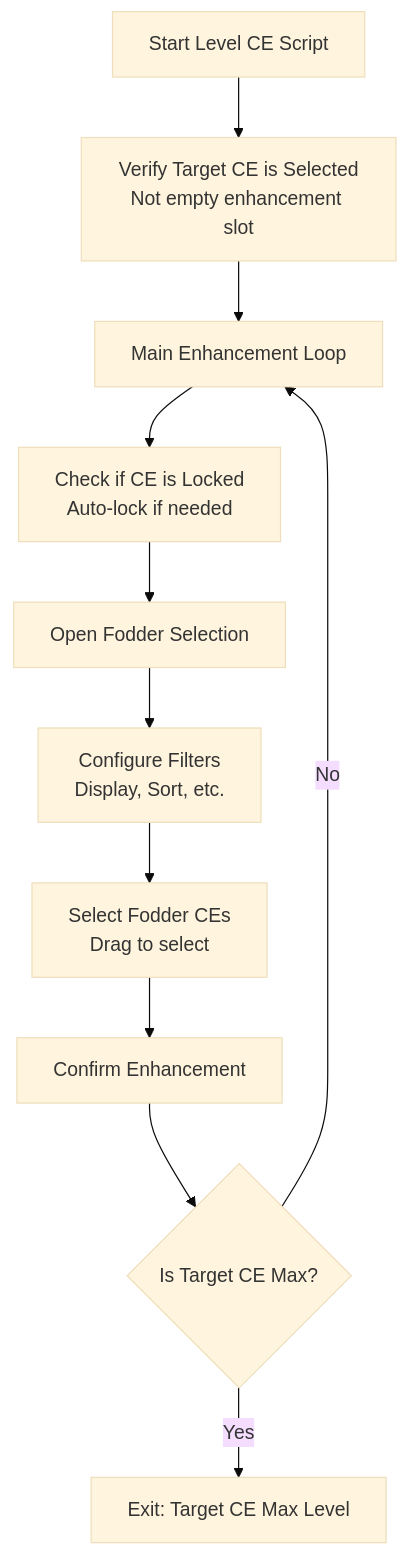
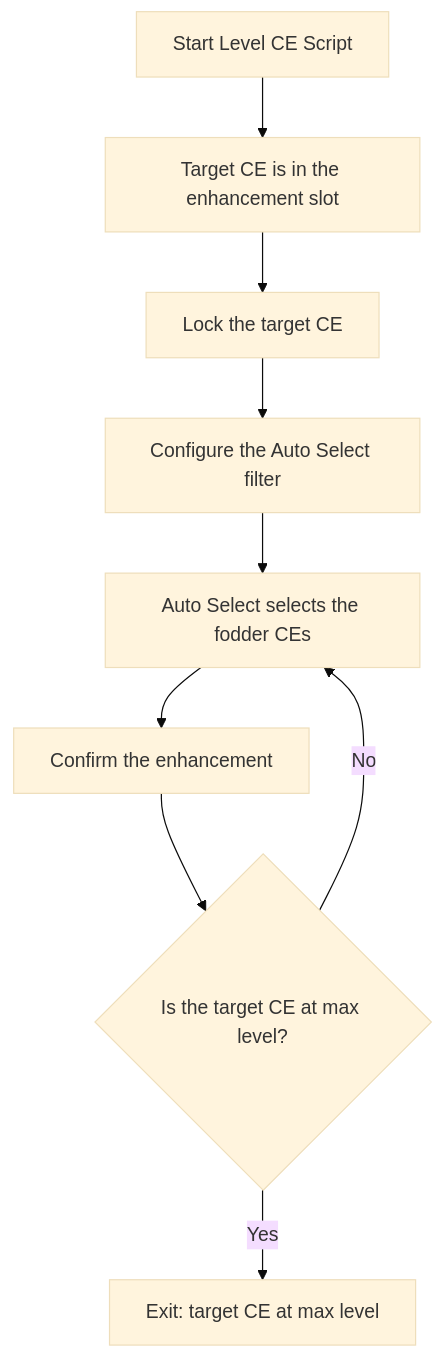
The diagram in docs/scripts/auto-level-ce.md (ArthurKun21/FGA-Preview-Build), drawn with Mermaid (base theme) before and after one commit. The commit also changed other lines of this file and 105 other files, not shown here.

````diff
--- a/docs/scripts/auto-level-ce.md
+++ b/docs/scripts/auto-level-ce.md
@@ -34,13 +38,11 @@
 ```mermaid
 flowchart TD
-    A[Start Level CE Script] --> B[Verify Target CE is Selected<br/>Not empty enhancement slot]
-    B --> C[Main Enhancement Loop]
-    C --> D[Check if CE is Locked<br/>Auto-lock if needed]
-    D --> E[Open Fodder Selection]
-    E --> F[Configure Filters<br/>Display, Sort, etc.]
-    F --> G[Select Fodder CEs<br/>Drag to select]
-    G --> H[Confirm Enhancement]
-    H --> I{Is Target CE Max?}
-    I -->|No| C
-    I -->|Yes| J[Exit: Target CE Max Level]
+    A[Start Level CE Script] --> B[Target CE is in the enhancement slot]
+    B --> C[Lock the target CE]
+    C --> D[Configure the Auto Select filter]
+    D --> E[Auto Select selects the fodder CEs]
+    E --> F[Confirm the enhancement]
+    F --> G{Is the target CE at max level?}
+    G -->|No| E
+    G -->|Yes| H[Exit: target CE at max level]
 ```
````
